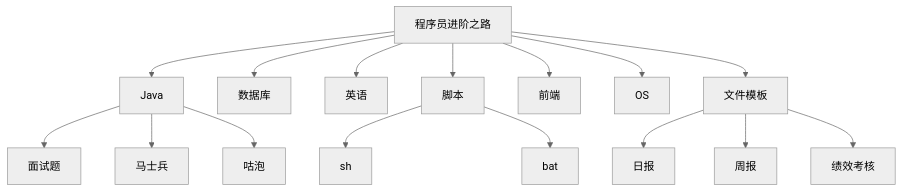
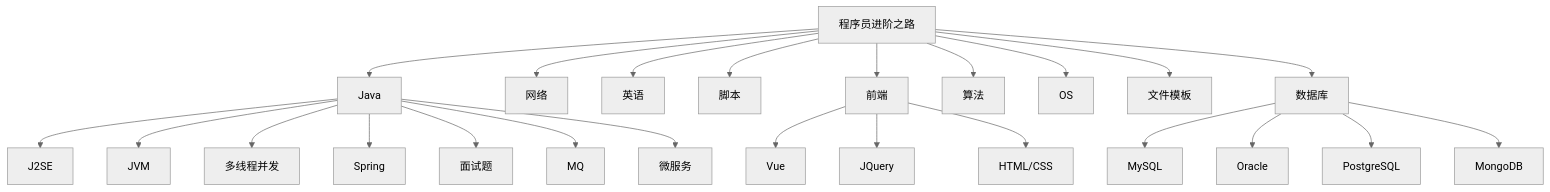
The second of 2 diagrams in README.md (namelessmyth/beFreeCoder), drawn with Mermaid (neutral theme) before and after one commit. The commit also changed other lines of this file and 11 other files, not shown here.

````diff
--- a/README.md
+++ b/README.md
@@ -62,25 +62,37 @@
 ```mermaid
 flowchart TB
 
 root[程序员进阶之路]
 
 root-->Java["Java"]
+Java-->J2SE
+Java-->JVM
+Java-->t["多线程并发"]
+Java-->Spring
 Java-->面试题
-Java-->mashibing[马士兵]
-Java-->gupao[咕泡]
+Java-->MQ
+Java-->cloud["微服务"]
 
-root-->db["数据库"]
+root-->net["网络"]
+
 root-->English["英语"]
 
 root-->Script["脚本"]
-Script-->sh
-Script-->bat
 
 root-->front["前端"]
+front-->Vue
+front-->JQuery
+front-->html["HTML/CSS"]
+
+root-->sf[算法]
+
 root-->os["OS"]
 
 root-->Template["文件模板"]
-Template-->日报
-Template-->周报
-Template-->绩效考核
+
+root-->db["数据库"]
+db-->MySQL
+db-->Oracle
+db-->PostgreSQL
+db-->MongoDB
 ```
````
